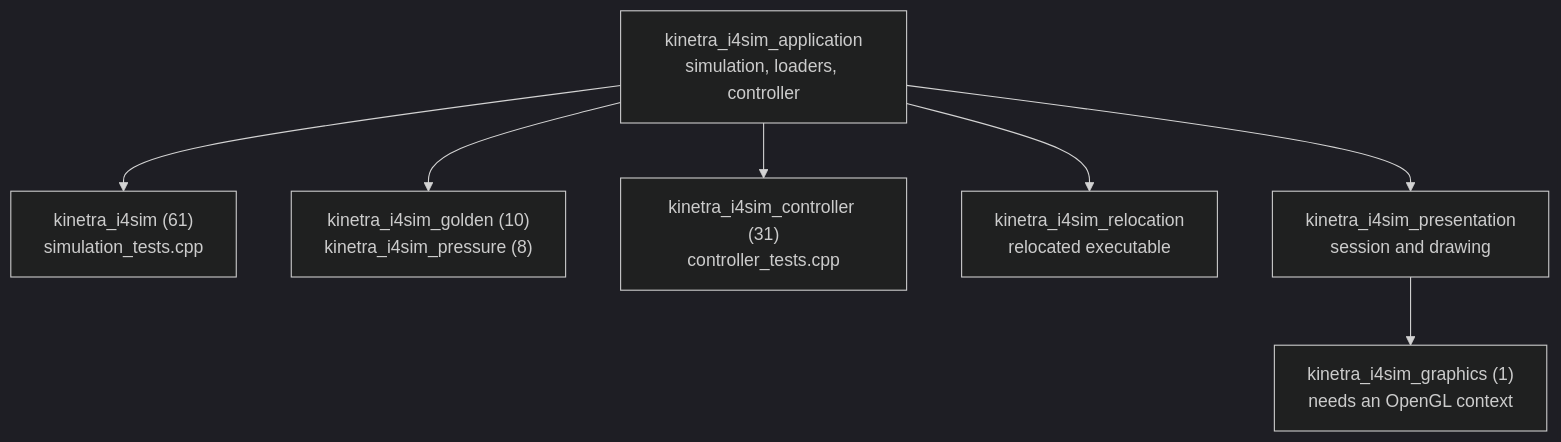
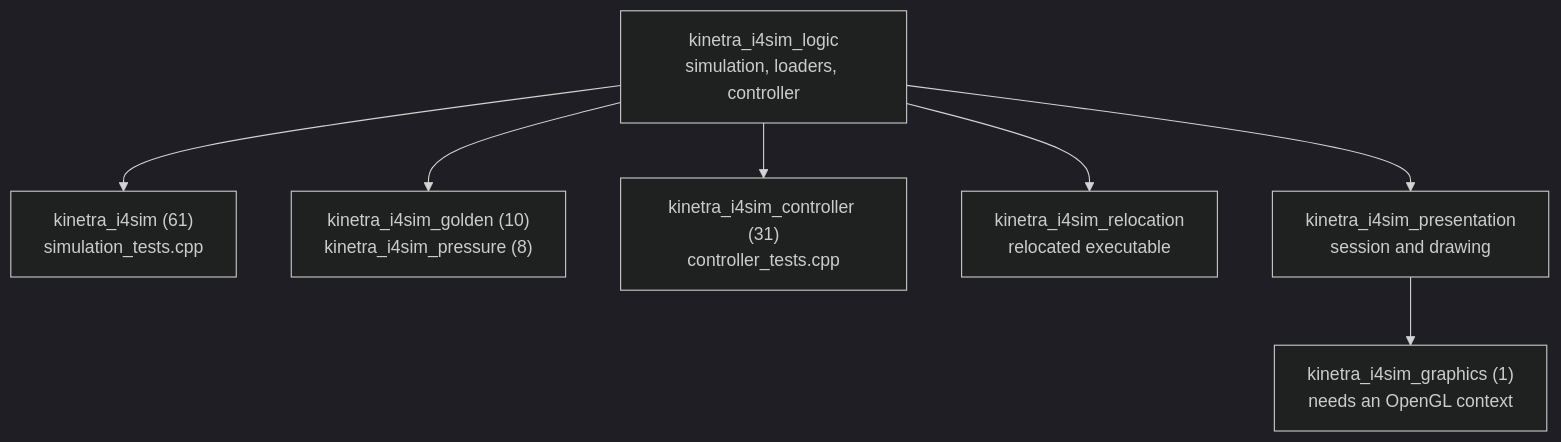
Before and after one commit to SMB-M87/Kinetra-Lab: the diagram in labs/i4sim/tests/README.md, drawn with Mermaid (dark theme). The commit also changed other lines of this file and 40 other files, not shown here.

````diff
--- a/labs/i4sim/tests/README.md
+++ b/labs/i4sim/tests/README.md
@@ -24,9 +24,9 @@
 ```mermaid
 flowchart TD
-    Logic["kinetra_i4sim_application<br/>simulation, loaders, controller"] --> Sim["kinetra_i4sim (61)<br/>simulation_tests.cpp"]
+    Logic["kinetra_i4sim_logic<br/>simulation, loaders, controller"] --> Sim["kinetra_i4sim (61)<br/>simulation_tests.cpp"]
     Logic --> Golden["kinetra_i4sim_golden (10)<br/>kinetra_i4sim_pressure (8)"]
     Logic --> Controller["kinetra_i4sim_controller (31)<br/>controller_tests.cpp"]
     Logic --> Relocation["kinetra_i4sim_relocation<br/>relocated executable"]
     Presentation["kinetra_i4sim_presentation<br/>session and drawing"] --> Graphics["kinetra_i4sim_graphics (1)<br/>needs an OpenGL context"]
     Logic --> Presentation
 ```
````
